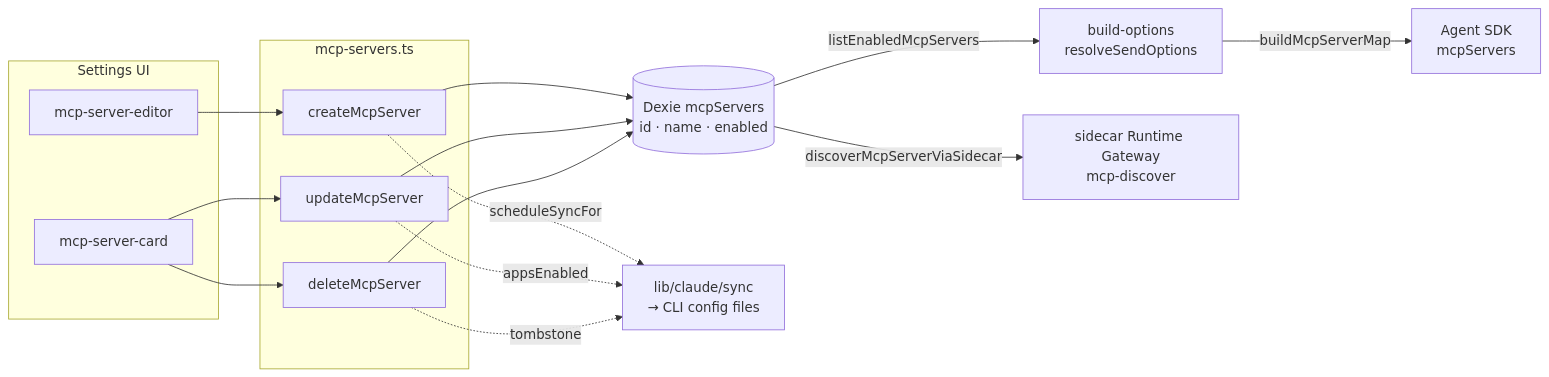
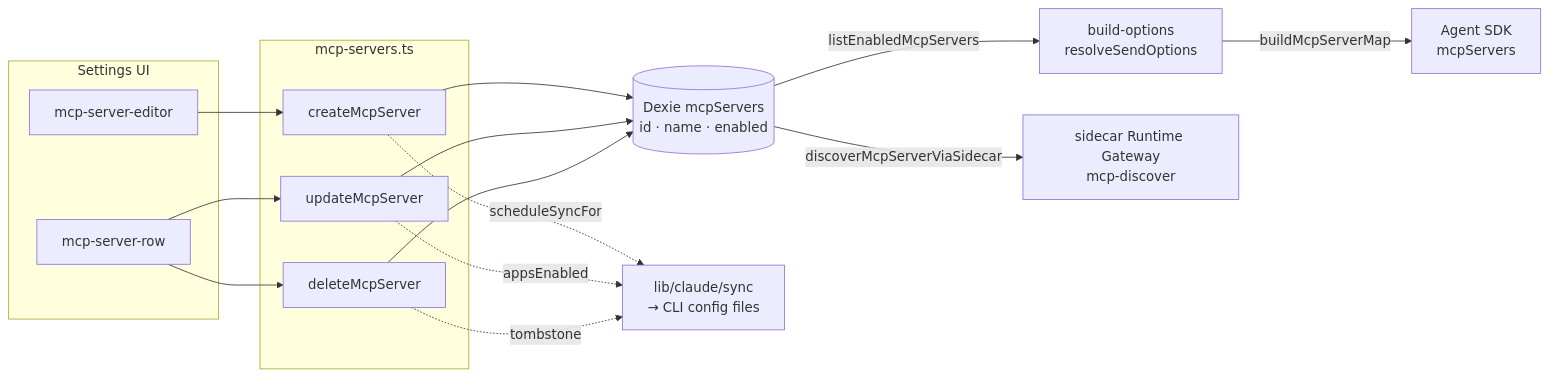
The diagram in docs/content/docs/en/subsystems/mcp/server-config.mdx (MaxQian888/cognia-next), drawn with Mermaid before and after one commit. The commit also changed other lines of this file and 13 other files, not shown here.

````diff
--- a/docs/content/docs/en/subsystems/mcp/server-config.mdx
+++ b/docs/content/docs/en/subsystems/mcp/server-config.mdx
@@ -181,30 +272,30 @@
 ```mermaid
 flowchart LR
   subgraph UI["Settings UI"]
     Editor["mcp-server-editor"]
-    Card["mcp-server-card"]
+    Card["mcp-server-row"]
   end
 
   subgraph CRUD["mcp-servers.ts"]
     Create["createMcpServer"]
     Update["updateMcpServer"]
     Delete["deleteMcpServer"]
   end
 
   Table[("Dexie mcpServers<br/>id · name · enabled")]
 
   Editor --> Create
   Card --> Update
   Card --> Delete
   Create --> Table
   Update --> Table
   Delete --> Table
 
   Create -.scheduleSyncFor.-> Sync["lib/claude/sync<br/>→ CLI config files"]
   Update -.->|appsEnabled| Sync
   Delete -.tombstone.-> Sync
 
   Table -->|listEnabledMcpServers| Resolve["build-options<br/>resolveSendOptions"]
   Resolve -->|buildMcpServerMap| SDK["Agent SDK<br/>mcpServers"]
   Table -->|discoverMcpServerViaSidecar| Gateway["sidecar Runtime Gateway<br/>mcp-discover"]
 ```
````
